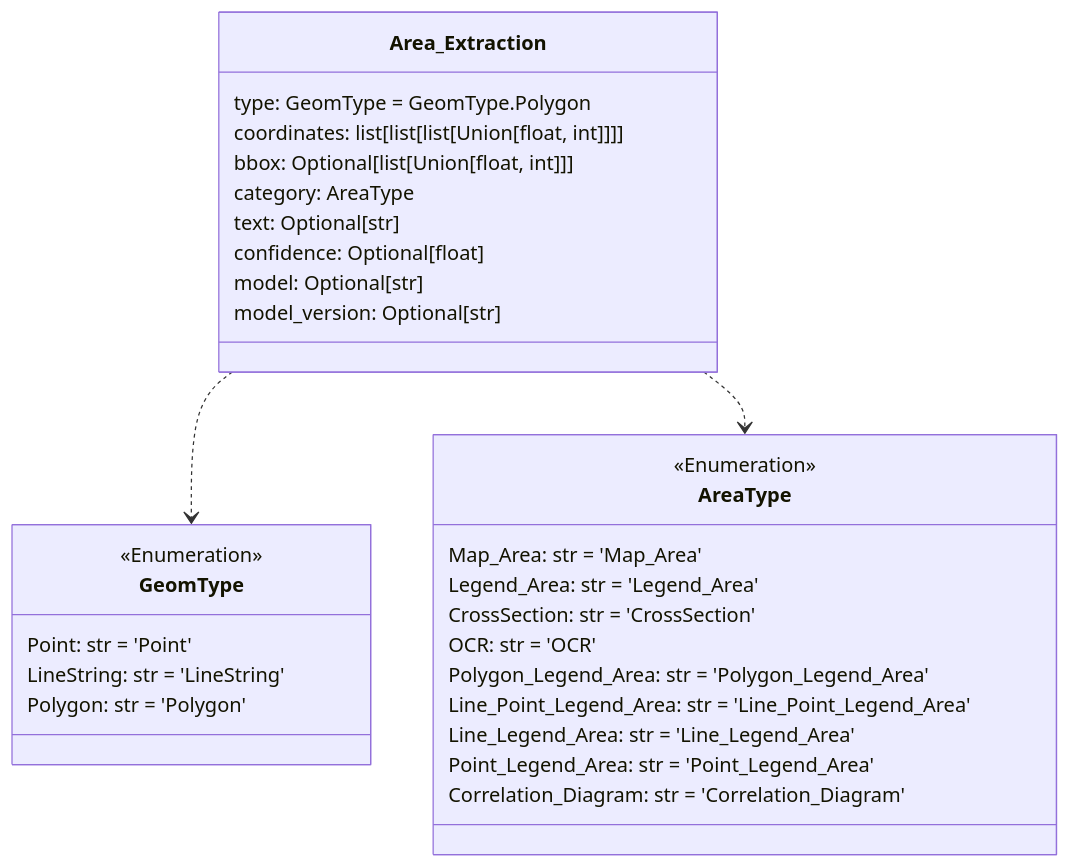
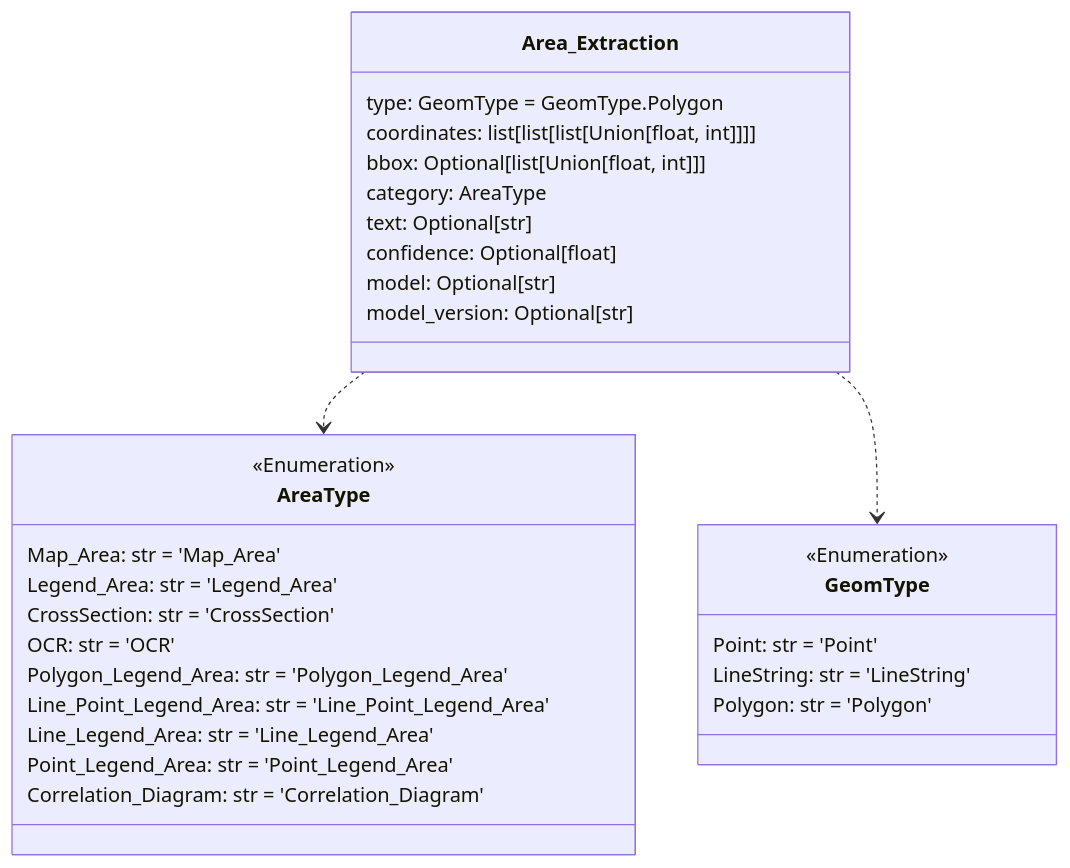
Before and after one commit to DARPA-CRITICALMAAS/cdr_schemas: the first of 12 diagrams in README.md, drawn with Mermaid. The commit also changed other lines of this file and 1 other file, not shown here.

````diff
--- a/README.md
+++ b/README.md
@@ -66,39 +66,39 @@
 ```mermaid
 classDiagram
-
-    class GeomType {
-        <<Enumeration>>
-        Point: str = 'Point'
-        LineString: str = 'LineString'
-        Polygon: str = 'Polygon'
-    }
 
     class AreaType {
         <<Enumeration>>
         Map_Area: str = 'Map_Area'
         Legend_Area: str = 'Legend_Area'
         CrossSection: str = 'CrossSection'
         OCR: str = 'OCR'
         Polygon_Legend_Area: str = 'Polygon_Legend_Area'
         Line_Point_Legend_Area: str = 'Line_Point_Legend_Area'
         Line_Legend_Area: str = 'Line_Legend_Area'
         Point_Legend_Area: str = 'Point_Legend_Area'
         Correlation_Diagram: str = 'Correlation_Diagram'
     }
 
     class Area_Extraction {
         type: GeomType = GeomType.Polygon
         coordinates: list[list[list[Union[float, int]]]]
         bbox: Optional[list[Union[float, int]]]
         category: AreaType
         text: Optional[str]
         confidence: Optional[float]
         model: Optional[str]
         model_version: Optional[str]
     }
 
+    class GeomType {
+        <<Enumeration>>
+        Point: str = 'Point'
+        LineString: str = 'LineString'
+        Polygon: str = 'Polygon'
+    }
+
+    Area_Extraction ..> AreaType
     Area_Extraction ..> GeomType
-    Area_Extraction ..> AreaType
 
 
 ```
````
